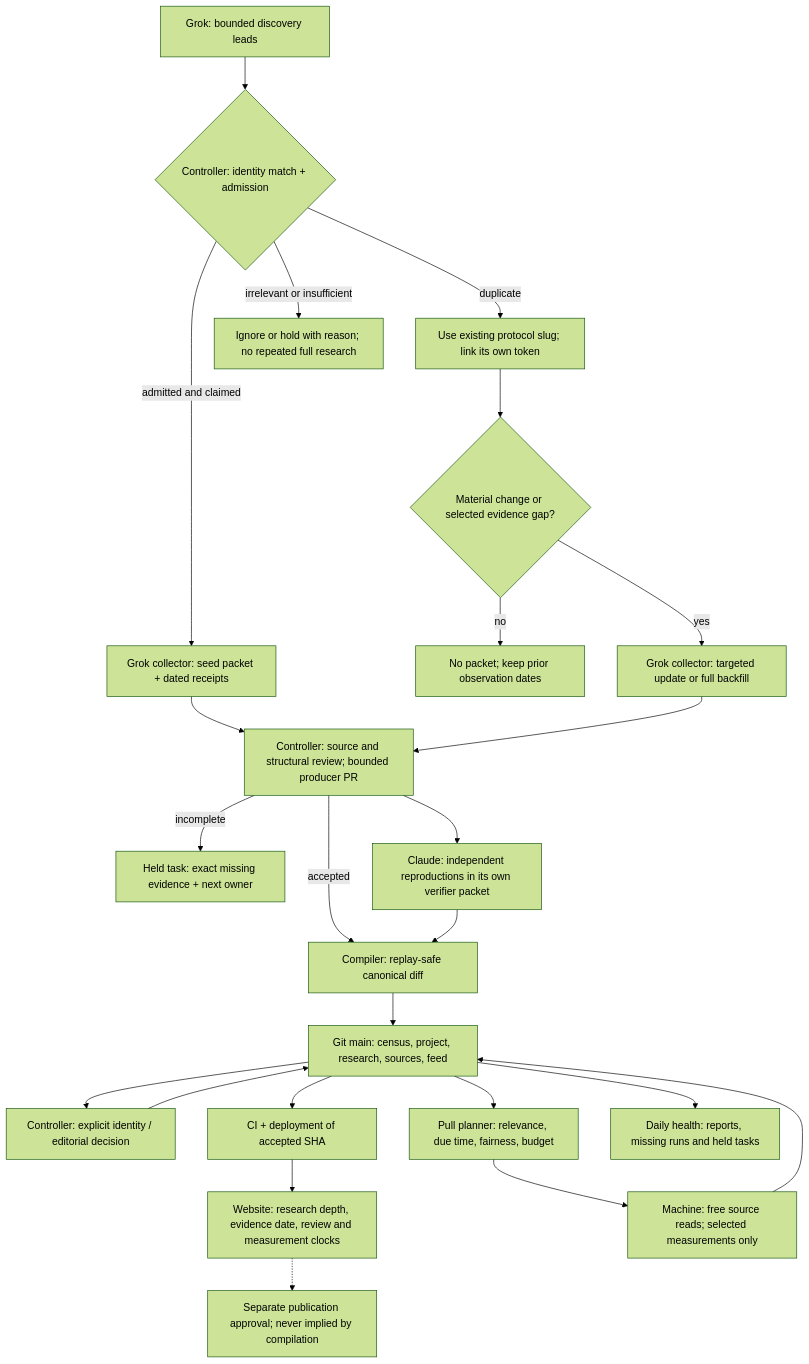
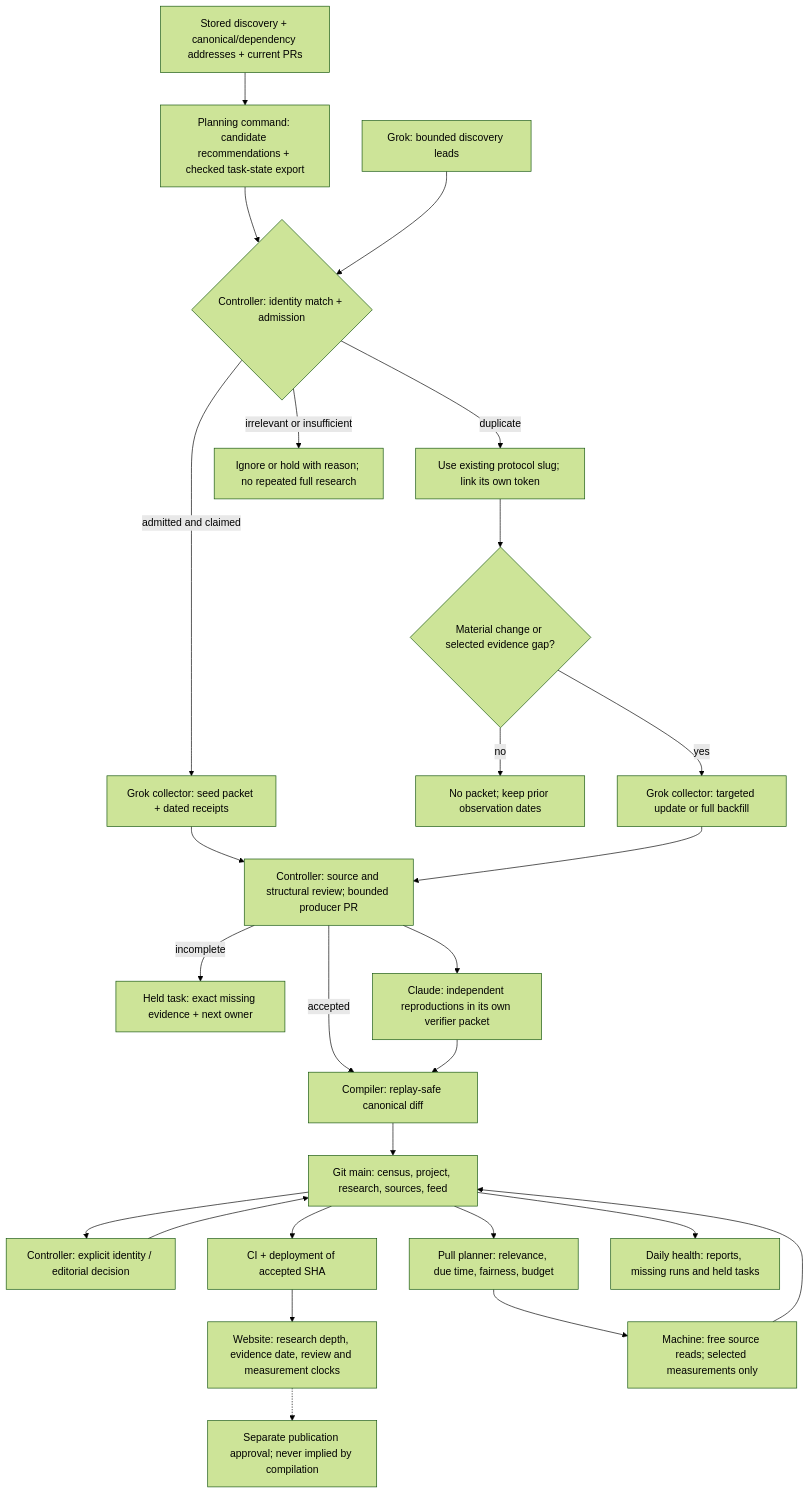
One commit to harsharn10/proofline changed the diagram in docs/operating-flow.md. Above: the diagram before and after it, drawn with Mermaid (forest theme). The commit also changed other lines of this file and 12 other files, not shown here.

First line of the commit message:
feat: prepare checked discovery and task inputs from GitHub

````diff
--- a/docs/operating-flow.md
+++ b/docs/operating-flow.md
@@ -12,26 +12,28 @@
 ```mermaid
 flowchart TD
+  Discovery["Stored discovery + canonical/dependency addresses + current PRs"] --> Inputs["Planning command: candidate recommendations + checked task-state export"]
+  Inputs --> Match
   Lead["Grok: bounded discovery leads"] --> Match{"Controller: identity match + admission"}
   Match -->|duplicate| Existing["Use existing protocol slug; link its own token"]
   Match -->|irrelevant or insufficient| Hold["Ignore or hold with reason; no repeated full research"]
   Match -->|admitted and claimed| Seed["Grok collector: seed packet + dated receipts"]
   Existing --> Delta{"Material change or selected evidence gap?"}
   Delta -->|no| Stop["No packet; keep prior observation dates"]
   Delta -->|yes| Research["Grok collector: targeted update or full backfill"]
   Seed --> Gate["Controller: source and structural review; bounded producer PR"]
   Research --> Gate
   Gate -->|incomplete| Held["Held task: exact missing evidence + next owner"]
   Gate -->|accepted| Compile["Compiler: replay-safe canonical diff"]
   Gate --> Verify["Claude: independent reproductions in its own verifier packet"]
   Verify --> Compile
   Compile --> Canon["Git main: census, project, research, sources, feed"]
   Canon --> Review["Controller: explicit identity / editorial decision"]
   Review --> Canon
   Canon --> CI["CI + deployment of accepted SHA"]
   CI --> Site["Website: research depth, evidence date, review and measurement clocks"]
   Canon --> Plan["Pull planner: relevance, due time, fairness, budget"]
   Plan --> Machine["Machine: free source reads; selected measurements only"]
   Machine --> Canon
   Canon --> Health["Daily health: reports, missing runs and held tasks"]
   Site -.-> Publication["Separate publication approval; never implied by compilation"]
 ```
````
